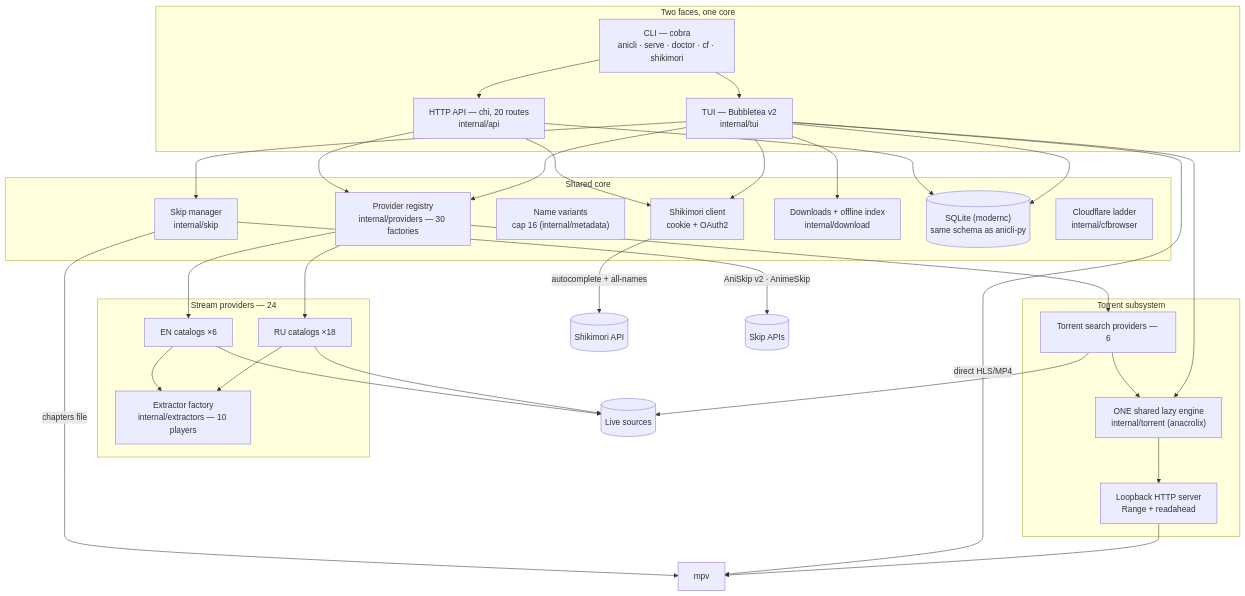
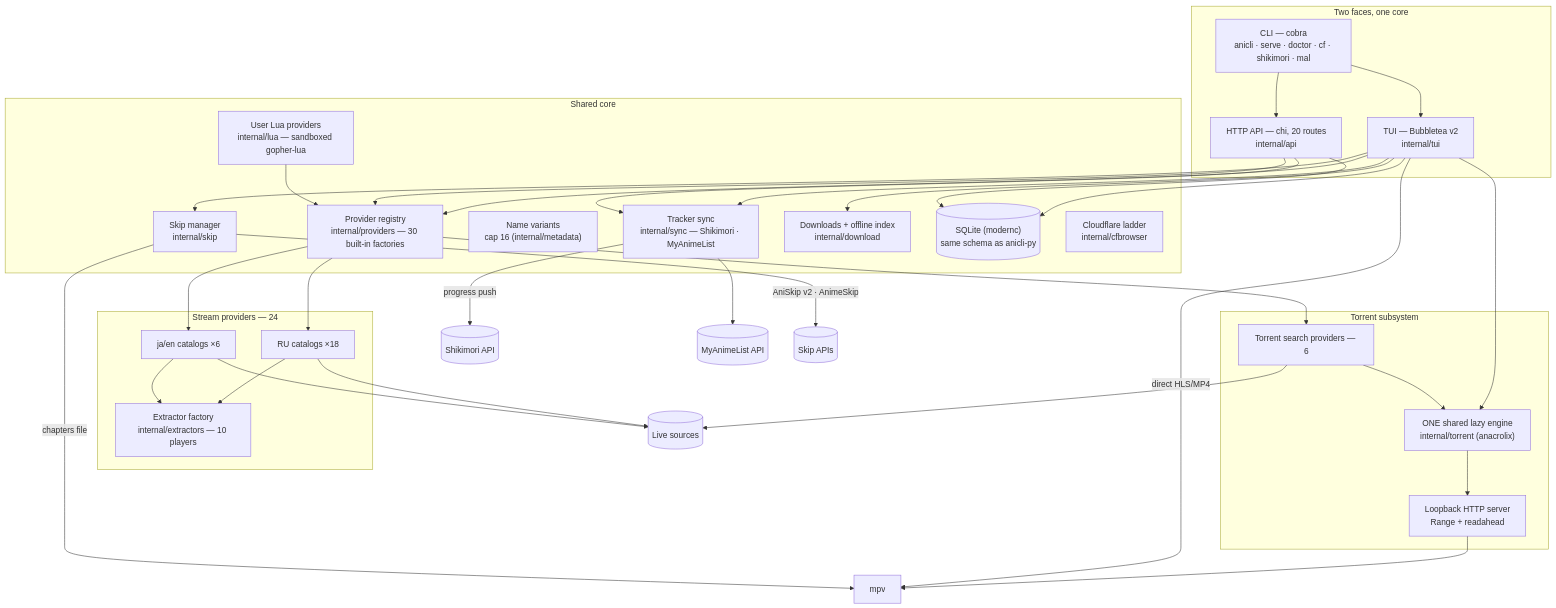
The diagram in README.md (4q4r/anicli-go), drawn with Mermaid before and after one commit. The commit also changed other lines of this file, not shown here.

````diff
--- a/README.md
+++ b/README.md
@@ -55,46 +63,49 @@
 ```mermaid
 flowchart TB
     subgraph Faces["Two faces, one core"]
         TUI["TUI — Bubbletea v2\ninternal/tui"]
         API["HTTP API — chi, 20 routes\ninternal/api"]
-        CLI["CLI — cobra\nanicli · serve · doctor · cf · shikimori"]
+        CLI["CLI — cobra\nanicli · serve · doctor · cf · shikimori · mal"]
     end
 
     subgraph Core["Shared core"]
-        REG["Provider registry\ninternal/providers — 30 factories"]
-        SHIKI["Shikimori client\ncookie + OAuth2"]
+        REG["Provider registry\ninternal/providers — 30 built-in factories"]
+        LUA["User Lua providers\ninternal/lua — sandboxed gopher-lua"]
+        SYNC["Tracker sync\ninternal/sync — Shikimori · MyAnimeList"]
         META["Name variants\ncap 16 (internal/metadata)"]
         SKIP["Skip manager\ninternal/skip"]
         DL["Downloads + offline index\ninternal/download"]
         ST[("SQLite (modernc)\nsame schema as anicli-py")]
         CF["Cloudflare ladder\ninternal/cfbrowser"]
     end
 
     subgraph Stream["Stream providers — 24"]
         RU["RU catalogs ×18"]
-        EN["EN catalogs ×6"]
+        JAEN["ja/en catalogs ×6"]
         EXT["Extractor factory\ninternal/extractors — 10 players"]
     end
 
     subgraph BitTorrent["Torrent subsystem"]
         TP["Torrent search providers — 6"]
         ENG["ONE shared lazy engine\ninternal/torrent (anacrolix)"]
         SRV["Loopback HTTP server\nRange + readahead"]
     end
 
     MPV["mpv"]
 
-    TUI --> REG & SHIKI & SKIP & DL & ST & ENG
-    API --> REG & SHIKI & ST
+    TUI --> REG & SYNC & SKIP & DL & ST & ENG
+    API --> REG & SYNC & ST
     CLI --> TUI & API
-    REG --> RU & EN & TP
-    RU & EN --> EXT
+    LUA --> REG
+    REG --> RU & JAEN & TP
+    RU & JAEN --> EXT
     TP --> ENG
     ENG --> SRV
     SRV --> MPV
     TUI -->|"direct HLS/MP4"| MPV
     SKIP -->|"chapters file"| MPV
-    SHIKI -->|"autocomplete + all-names"| Shiki[(Shikimori API)]
+    SYNC -->|"progress push"| Shiki[(Shikimori API)]
+    SYNC --> Mal[(MyAnimeList API)]
     SKIP -->|"AniSkip v2 · AnimeSkip"| SkipAPI[(Skip APIs)]
-    RU & EN & TP --> Sites[(Live sources)]
+    RU & JAEN & TP --> Sites[(Live sources)]
 ```
````
